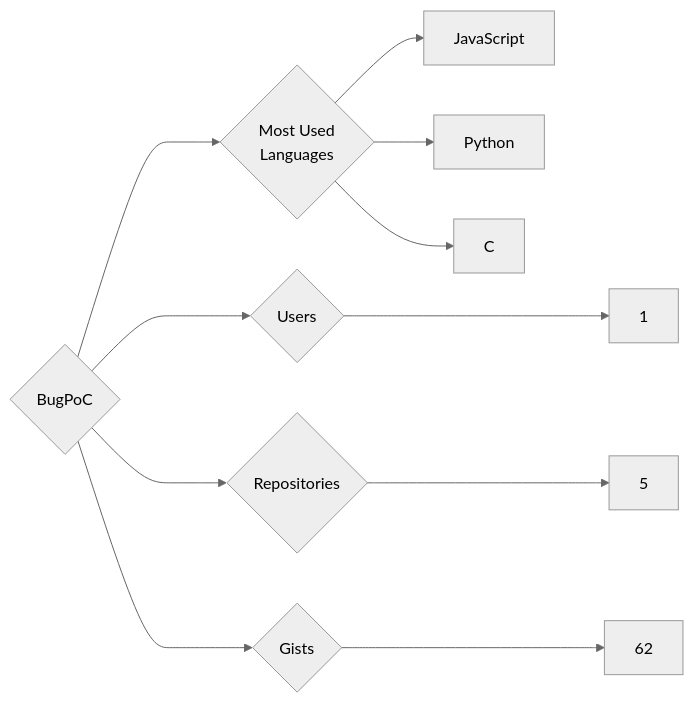
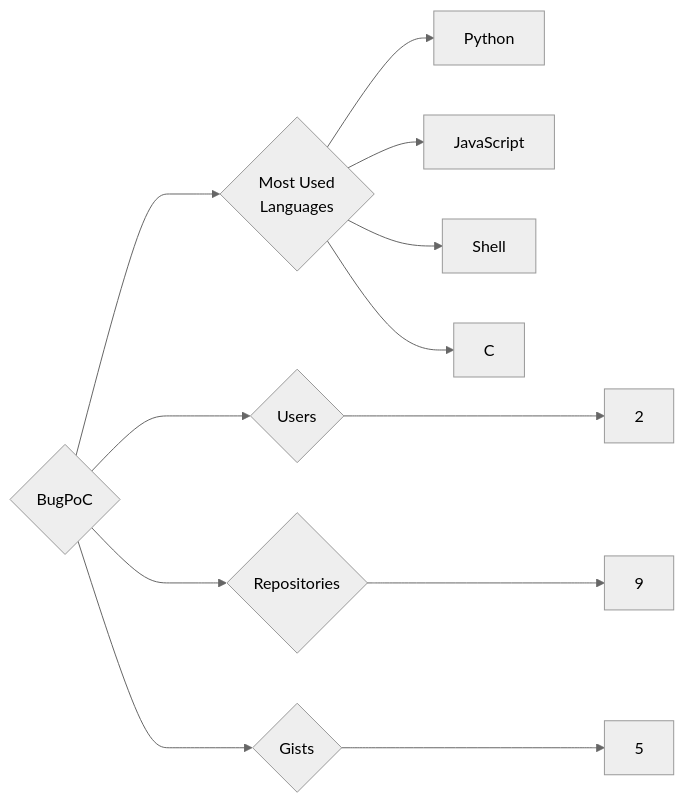
The diagram in targets/BugPoC/README.md (trickest/insiders), drawn with Mermaid (neutral theme) before and after one commit. The commit also changed 1141 other files, not shown here.

````diff
--- a/targets/BugPoC/README.md
+++ b/targets/BugPoC/README.md
@@ -3,11 +3,12 @@
 ```mermaid
 graph LR
 COMPANY_NAME{BugPoC}
-COMPANY_NAME ---> U{Users} ---> UN[1]
-COMPANY_NAME ---> R{Repositories} ---> RN[5]
-COMPANY_NAME ---> G{Gists} ---> GN[62]
+COMPANY_NAME ---> U{Users} ---> UN[2]
+COMPANY_NAME ---> R{Repositories} ---> RN[9]
+COMPANY_NAME ---> G{Gists} ---> GN[5]
 COMPANY_NAME ---> ML{Most Used<br>Languages}
+ML --> Python[Python]
 ML --> JavaScript[JavaScript]
-ML --> Python[Python]
+ML --> Shell[Shell]
 ML --> C[C]
 ```
````
